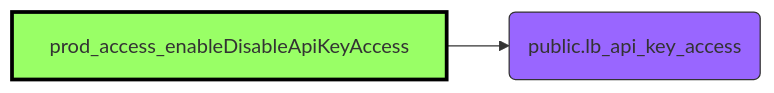
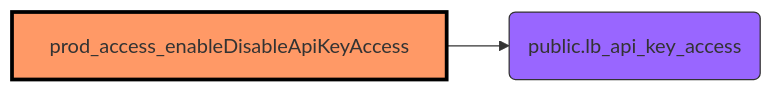
Before and after one commit to joze-liburn/uibakery: diagram 16 of 28 in actionslib.md, drawn with Mermaid. The commit also changed other lines of this file and 3 other files, not shown here.

Commit message:
Added calls between automations and actions so that each pair appears twice. Two missing web services. Added overall call graph. Fixed internal symbol names.

````diff
--- a/actionslib.md
+++ b/actionslib.md
@@ -417,12 +430,12 @@
 ```mermaid
 graph LR
-  classDef this fill:#9f6,stroke:#000,stroke-width:3;
+  classDef this fill:#f96,stroke:#000,stroke-width:3;
   classDef automation fill:#9f6,stroke:#333;
   classDef action fill:#f96,stroke:#333;
   classDef database fill:#96f,stroke:#333;
 
   act16[prod_access_enableDisableApiKeyAccess] --> db09(public.lb_api_key_access)
   
   class act16 this
   class db09 database
 ```
````
